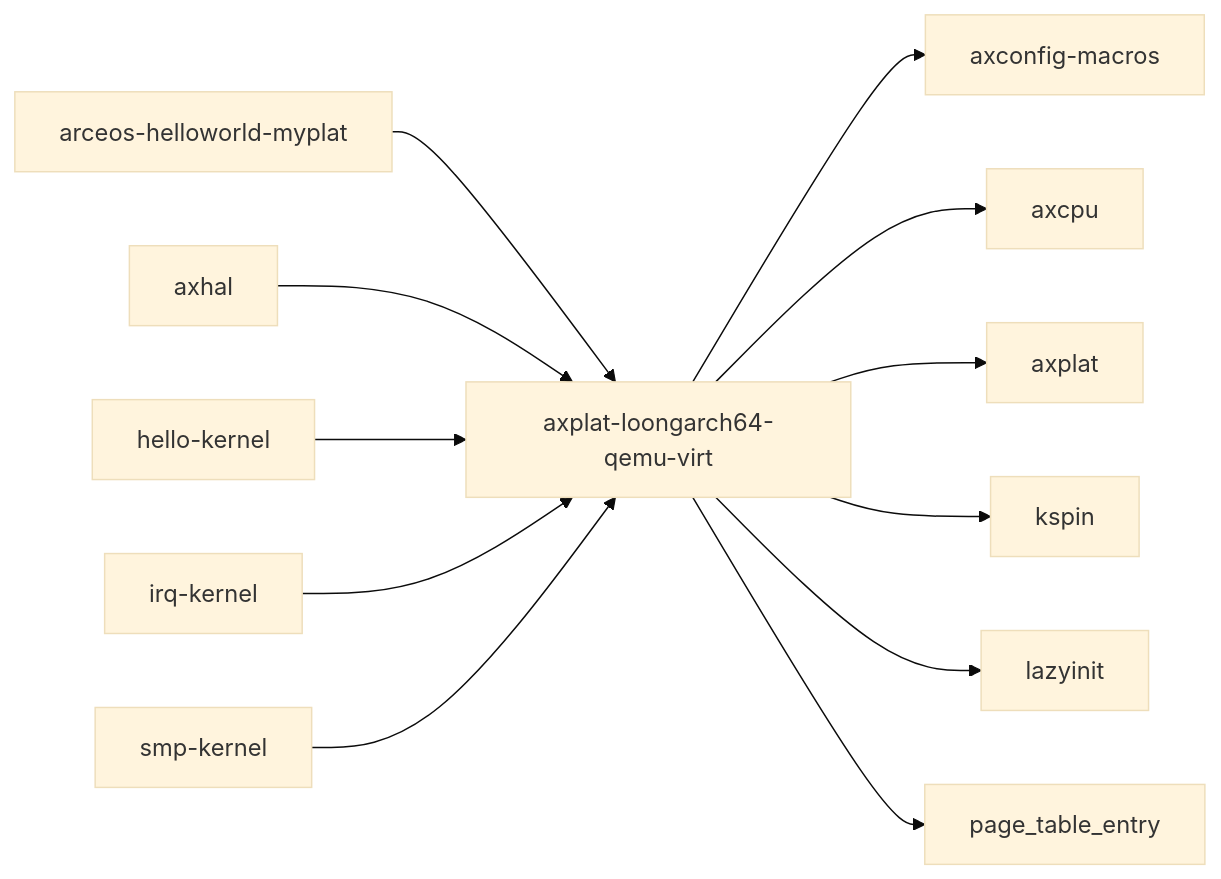
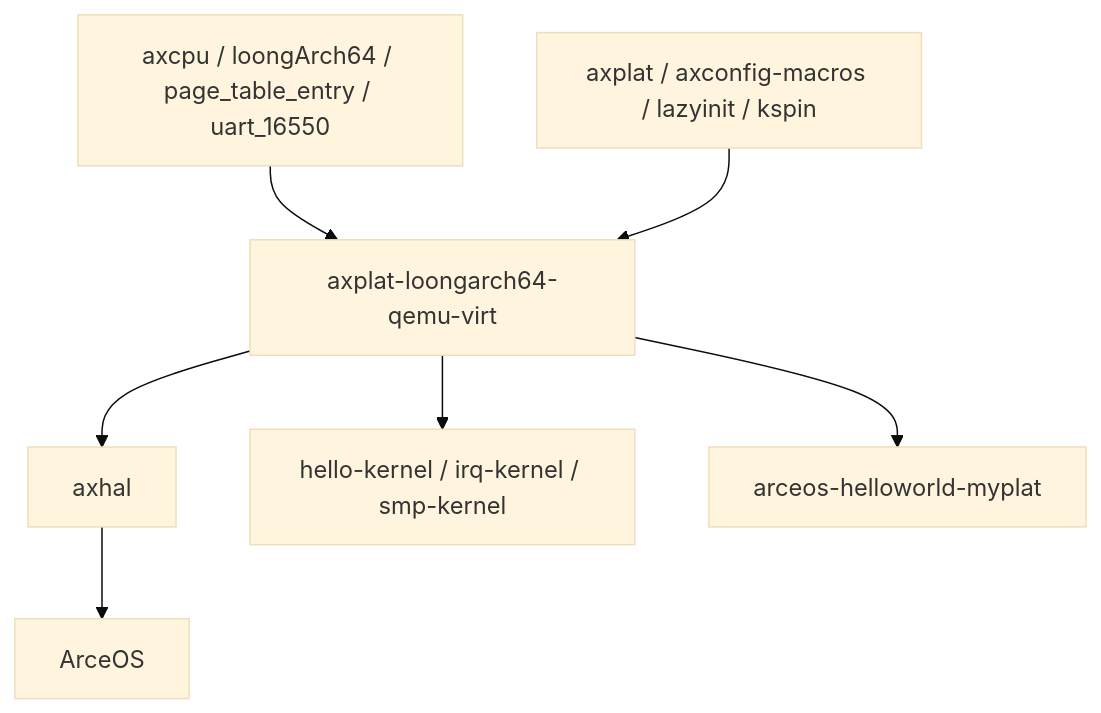
One commit to rcore-os/tgoskits changed the second of 2 diagrams in docs/crates/axplat-loongarch64-qemu-virt.md. Above: the diagram before and after it, drawn with Mermaid (base theme). The commit also changed other lines of this file and 99 other files, not shown here.

````diff
--- a/docs/crates/axplat-loongarch64-qemu-virt.md
+++ b/docs/crates/axplat-loongarch64-qemu-virt.md
@@ -41,15 +189,9 @@
 ```mermaid
-graph LR
-    current["axplat-loongarch64-qemu-virt"]
-    current --> axconfig_macros["axconfig-macros"]
-    current --> axcpu["axcpu"]
-    current --> axplat["axplat"]
-    current --> kspin["kspin"]
-    current --> lazyinit["lazyinit"]
-    current --> page_table_entry["page_table_entry"]
-    arceos_helloworld_myplat["arceos-helloworld-myplat"] --> current
-    axhal["axhal"] --> current
-    hello_kernel["hello-kernel"] --> current
-    irq_kernel["irq-kernel"] --> current
-    smp_kernel["smp-kernel"] --> current
+graph TD
+    A[axcpu / loongArch64 / page_table_entry / uart_16550] --> B[axplat-loongarch64-qemu-virt]
+    C[axplat / axconfig-macros / lazyinit / kspin] --> B
+    B --> D[axhal]
+    B --> E[hello-kernel / irq-kernel / smp-kernel]
+    B --> F[arceos-helloworld-myplat]
+    D --> G[ArceOS]
 ```
````
